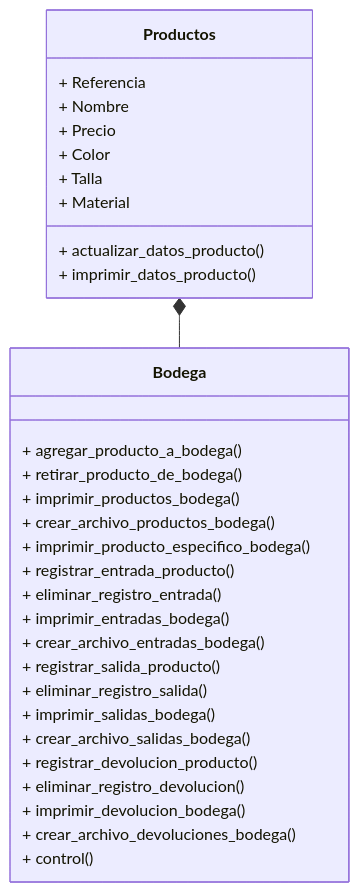
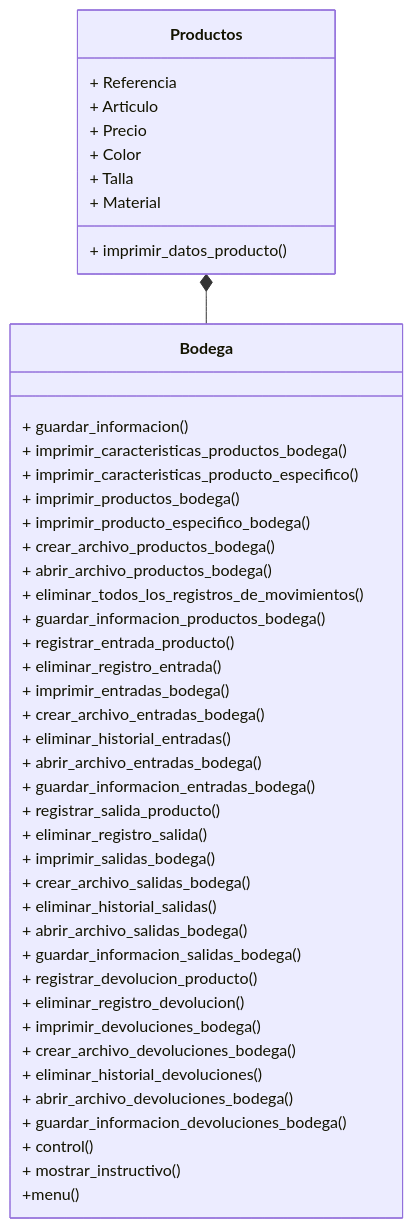
Before and after one commit to pjimenezq/Proyecto-Final-POO: the diagram in README.md, drawn with Mermaid.

````diff
--- a/README.md
+++ b/README.md
@@ -82,33 +82,47 @@
 ```mermaid
+
 classDiagram
     class Bodega
-
-    Bodega: + agregar_producto_a_bodega()
-    Bodega: + retirar_producto_de_bodega()
+    Bodega: + guardar_informacion()
+    Bodega: + imprimir_caracteristicas_productos_bodega()
+    Bodega: + imprimir_caracteristicas_producto_especifico()
     Bodega: + imprimir_productos_bodega()
+    Bodega: + imprimir_producto_especifico_bodega()
     Bodega: + crear_archivo_productos_bodega()
-    Bodega: + imprimir_producto_especifico_bodega()
+    Bodega: + abrir_archivo_productos_bodega()
+    Bodega: + eliminar_todos_los_registros_de_movimientos()
+    Bodega: + guardar_informacion_productos_bodega()
     Bodega: + registrar_entrada_producto()
     Bodega: + eliminar_registro_entrada()
     Bodega: + imprimir_entradas_bodega()
     Bodega: + crear_archivo_entradas_bodega()
+    Bodega: + eliminar_historial_entradas()
+    Bodega: + abrir_archivo_entradas_bodega()
+    Bodega: + guardar_informacion_entradas_bodega()
     Bodega: + registrar_salida_producto()
     Bodega: + eliminar_registro_salida()
     Bodega: + imprimir_salidas_bodega()
     Bodega: + crear_archivo_salidas_bodega()
+    Bodega: + eliminar_historial_salidas()
+    Bodega: + abrir_archivo_salidas_bodega()
+    Bodega: + guardar_informacion_salidas_bodega()
     Bodega: + registrar_devolucion_producto()
     Bodega: + eliminar_registro_devolucion()
-    Bodega: + imprimir_devolucion_bodega()
+    Bodega: + imprimir_devoluciones_bodega()
     Bodega: + crear_archivo_devoluciones_bodega()
+    Bodega: + eliminar_historial_devoluciones()
+    Bodega: + abrir_archivo_devoluciones_bodega()
+    Bodega: + guardar_informacion_devoluciones_bodega()
     Bodega: + control()
+    Bodega: + mostrar_instructivo()
+    Bodega: +menu()
 
     Productos*--Bodega
     Productos: + Referencia
-    Productos: + Nombre
+    Productos: + Articulo
     Productos: + Precio
     Productos: + Color
     Productos: + Talla    
     Productos: + Material
-    Productos: + actualizar_datos_producto()
     Productos: + imprimir_datos_producto()
 ```
````
